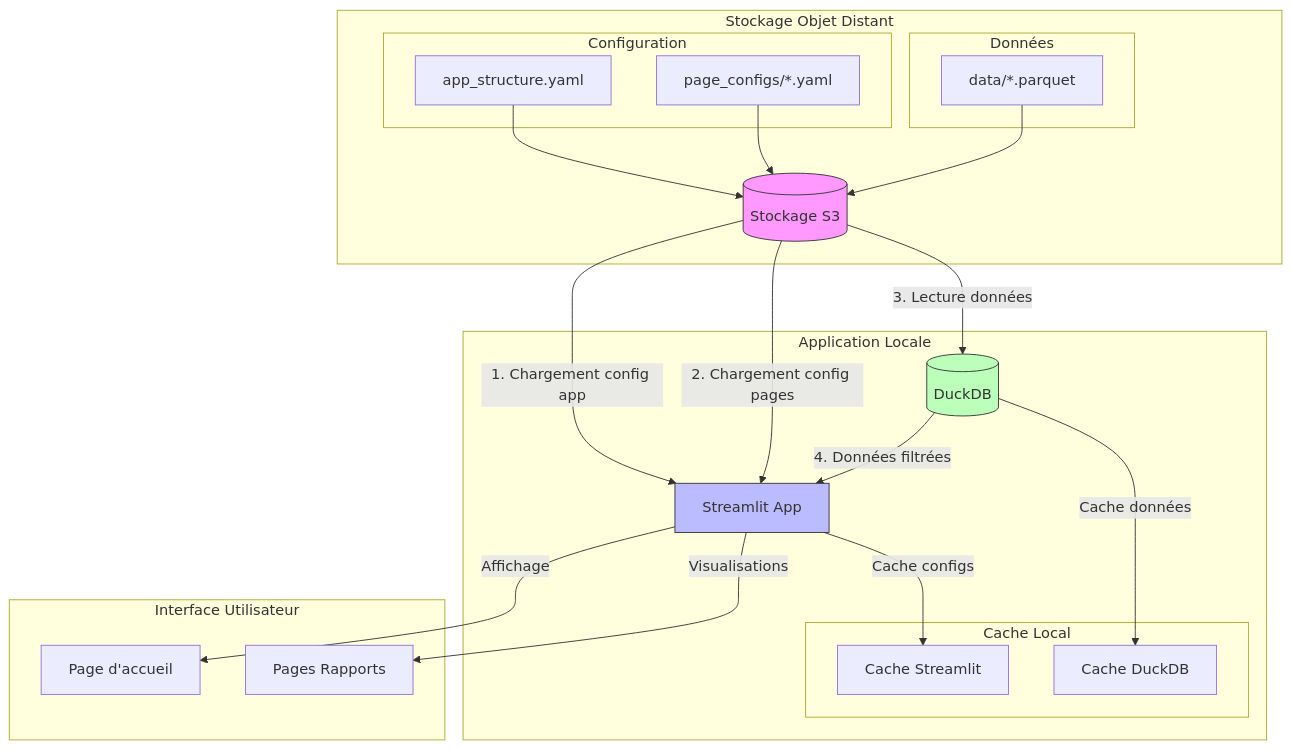
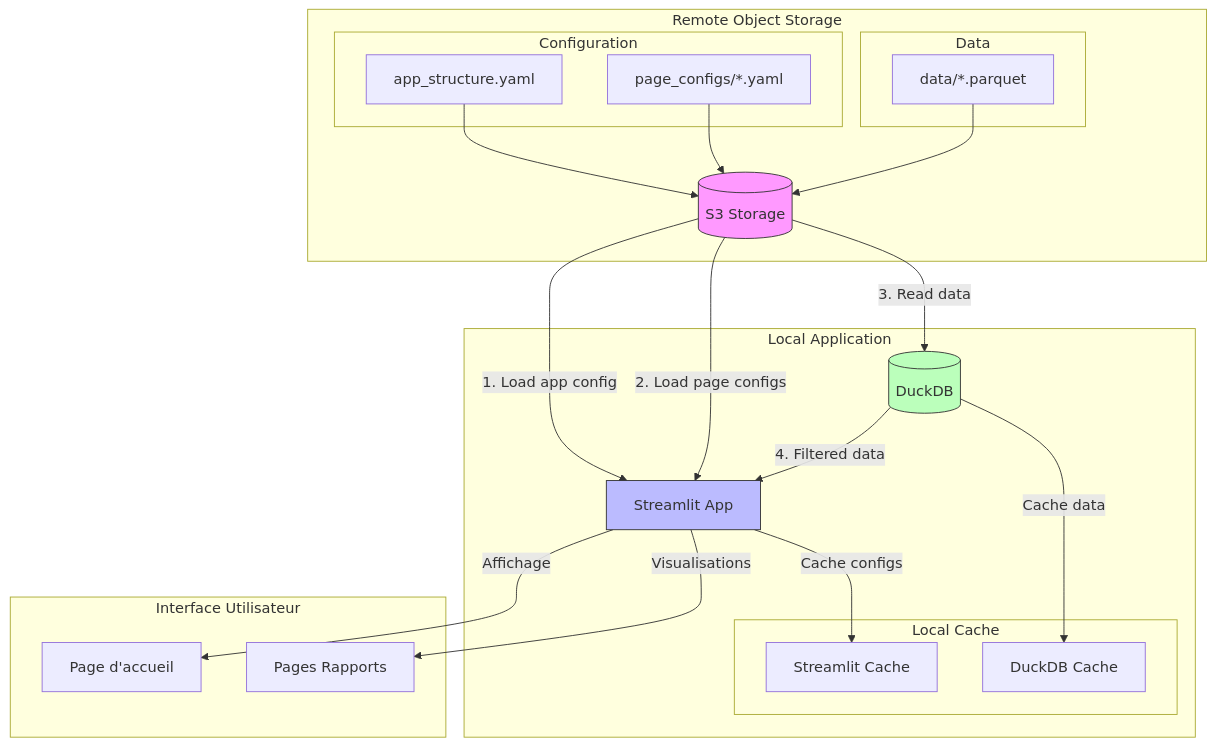
Before and after one commit to olexya/oss-data-tools-landscape: the diagram in company/00.low_cost_solution.md, drawn with Mermaid. The commit also changed other lines of this file and 29 other files, not shown here.

````diff
--- a/company/00.low_cost_solution.md
+++ b/company/00.low_cost_solution.md
@@ -175,48 +175,48 @@
 ```mermaid
 flowchart TB
-    subgraph "Stockage Objet Distant"
-        S3[("Stockage S3")]
+    subgraph "Remote Object Storage"
+        S3[("S3 Storage")]
         subgraph "Configuration"
             C1[app_structure.yaml]
             C2[page_configs/*.yaml]
         end
-        subgraph "Données"
+        subgraph "Data"
             D1[data/*.parquet]
         end
         C1 --> S3
         C2 --> S3
         D1 --> S3
     end
 
-    subgraph "Application Locale"
+    subgraph "Local Application"
         ST[Streamlit App]
         DB[(DuckDB)]
-        subgraph "Cache Local"
-            LC[Cache Streamlit]
-            DC[Cache DuckDB]
+        subgraph "Local Cache"
+            LC[Streamlit Cache]
+            DC[DuckDB Cache]
         end
     end
 
-    %% Flux de données
-    S3 -->|1. Chargement config app| ST
-    S3 -->|2. Chargement config pages| ST
-    S3 -->|3. Lecture données| DB
-    DB -->|4. Données filtrées| ST
+    %% Data flow
+    S3 -->|1. Load app config| ST
+    S3 -->|2. Load page configs| ST
+    S3 -->|3. Read data| DB
+    DB -->|4. Filtered data| ST
 
     %% Cache
     ST -->|Cache configs| LC
-    DB -->|Cache données| DC
+    DB -->|Cache data| DC
 
     %% Interface utilisateur
     subgraph "Interface Utilisateur"
         P1[Page d'accueil]
         P2[Pages Rapports]
     end
 
     ST -->|Affichage| P1
     ST -->|Visualisations| P2
 
     style S3 fill:#f9f,stroke:#333
     style ST fill:#bbf,stroke:#333
     style DB fill:#bfb,stroke:#333
 ```
````
